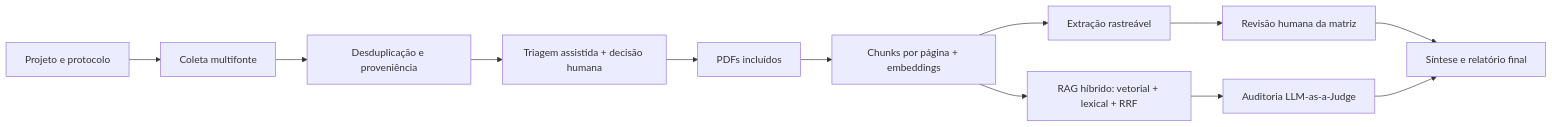
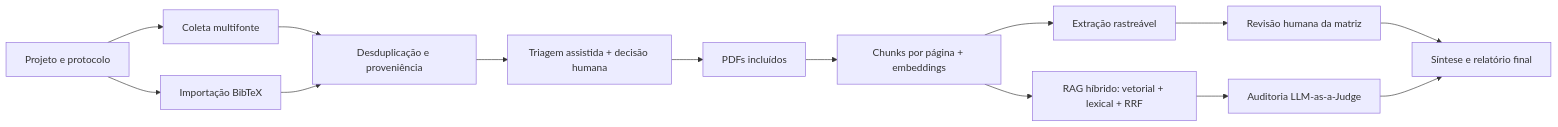
The diagram in README.md (lucianodiassp/rag-revisao-sistematica), drawn with Mermaid before and after one commit. The commit also changed other lines of this file and 6 other files, not shown here.

````diff
--- a/README.md
+++ b/README.md
@@ -119,14 +123,16 @@
 ```mermaid
 flowchart LR
     A["Projeto e protocolo"] --> B["Coleta multifonte"]
+    A --> B2["Importação BibTeX"]
     B --> C["Desduplicação e proveniência"]
+    B2 --> C
     C --> D["Triagem assistida + decisão humana"]
     D --> E["PDFs incluídos"]
     E --> F["Chunks por página + embeddings"]
     F --> G["RAG híbrido: vetorial + lexical + RRF"]
     F --> H["Extração rastreável"]
     H --> I["Revisão humana da matriz"]
     G --> J["Auditoria LLM-as-a-Judge"]
     I --> K["Síntese e relatório final"]
     J --> K
 ```
````
